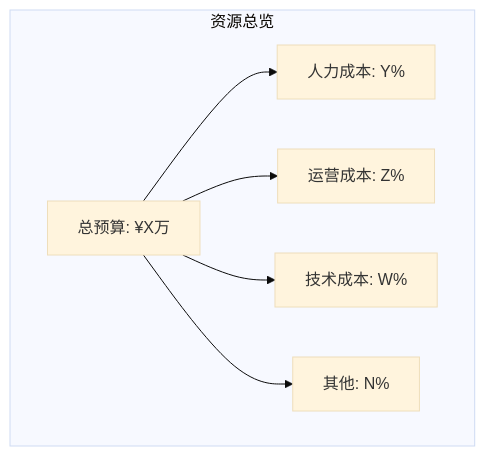
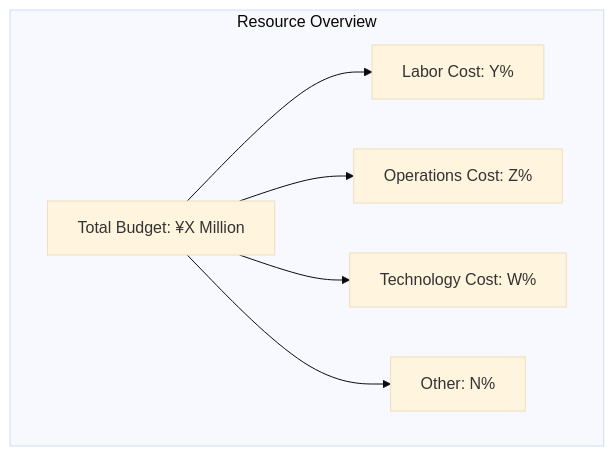
One commit to Kirky-X/cangjie changed the sixth of 9 diagrams in templates/产品/战略层/【模板】商业需求文档.md. Above: the diagram before and after it, drawn with Mermaid (base theme). The commit also changed other lines of this file and 46 other files, not shown here.

````diff
--- a/templates/产品/战略层/【模板】商业需求文档.md
+++ b/templates/产品/战略层/【模板】商业需求文档.md
@@ -260,9 +260,9 @@
 ```mermaid
 flowchart TD
-    subgraph 资源总览
-        H[总预算: ¥X万] --> I[人力成本: Y%]
-        H --> J[运营成本: Z%]
-        H --> K[技术成本: W%]
-        H --> L[其他: N%]
+    subgraph Resource Overview
+        H[Total Budget: ¥X Million] --> I[Labor Cost: Y%]
+        H --> J[Operations Cost: Z%]
+        H --> K[Technology Cost: W%]
+        H --> L[Other: N%]
     end
 ```
````
